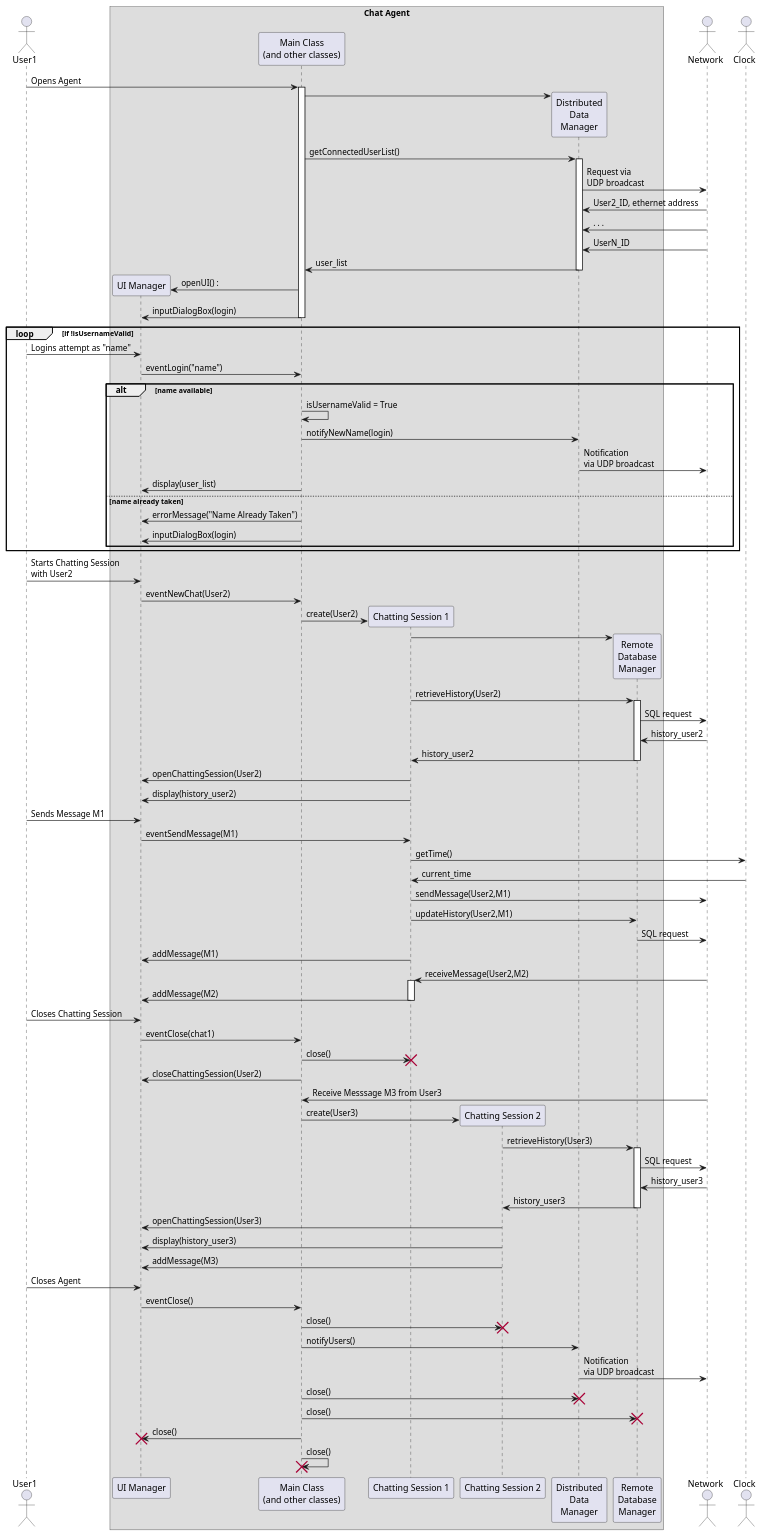
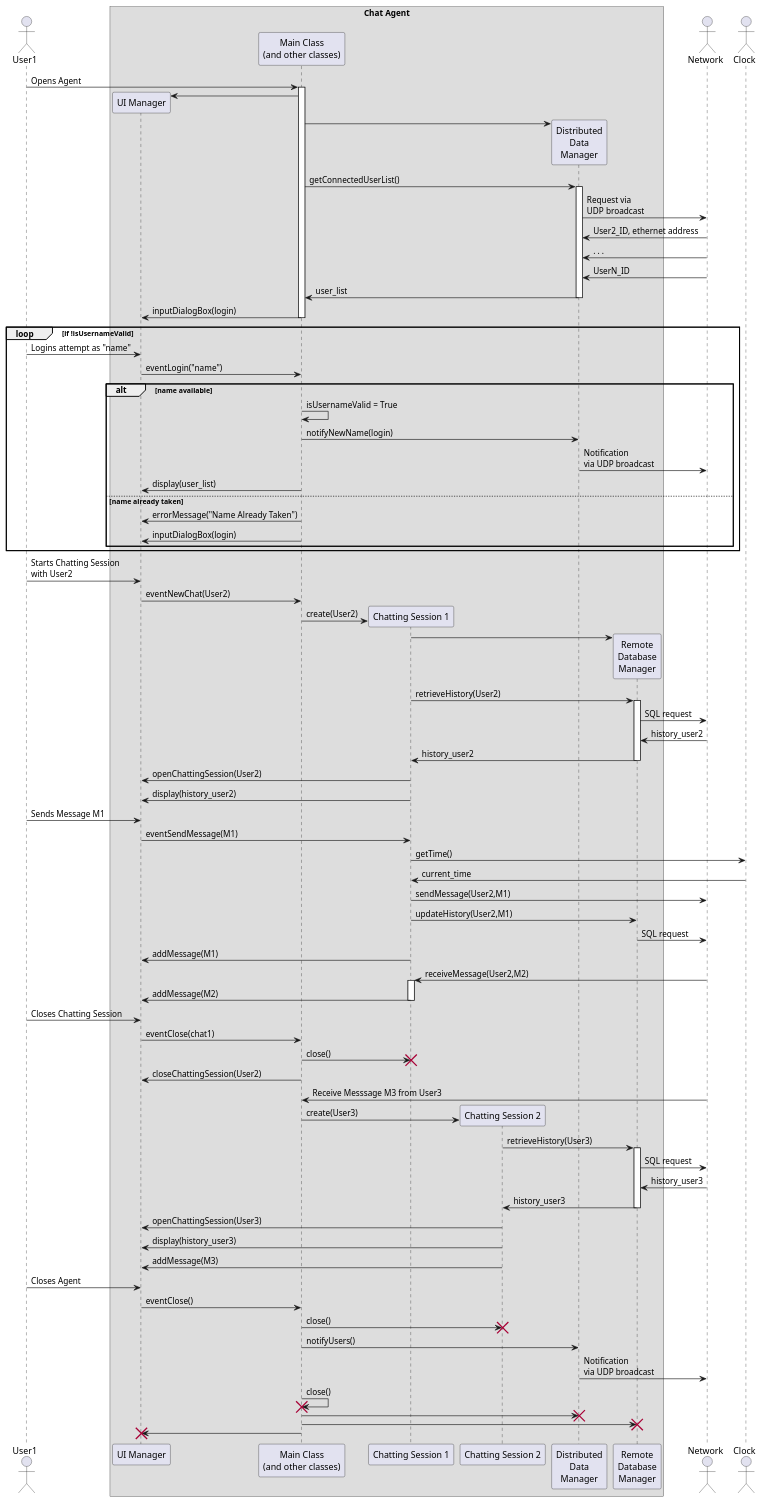
One commit to scanim-valentin/decentralized-chat-system changed the diagram in UMLPlant/sequence_white_box.wsd. Above: the diagram before and after it, drawn with PlantUML. The commit also changed 3 other files, not shown here.

```diff
--- a/UMLPlant/sequence_white_box.wsd
+++ b/UMLPlant/sequence_white_box.wsd
@@ -1,91 +1,91 @@
 @startuml sequence_white_box
 actor User1 as User
 box "Chat Agent"
   participant  "UI Manager" as UI
   participant "Main Class\n(and other classes)" as chatAgent
   participant "Chatting Session 1" as chat1
   participant "Chatting Session 2" as chat2
   participant "Distributed\nData\nManager" as distributedManager
   participant "Remote\nDatabase\nManager" as databaseManager
 end box
 
 actor "Network" as Network
 actor "Clock" as Clock
 
 User -> chatAgent ++ : Opens Agent
+  UI <- chatAgent ** 
   chatAgent -> distributedManager **
   chatAgent -> distributedManager ++ : getConnectedUserList()
     distributedManager -> Network : Request via\nUDP broadcast
     Network -> distributedManager : User2_ID, ethernet address
     Network -> distributedManager : . . . 
     Network -> distributedManager : UserN_ID
   distributedManager -> chatAgent -- : user_list 
   
-  UI <- chatAgent ** : openUI() :
 chatAgent -> UI -- : inputDialogBox(login)
 
 loop if !isUsernameValid
 User -> UI : Logins attempt as "name"
 UI -> chatAgent : eventLogin("name")
 alt name available
 chatAgent -> chatAgent : isUsernameValid = True
 chatAgent -> distributedManager : notifyNewName(login)
 distributedManager -> Network : Notification\nvia UDP broadcast
 UI <- chatAgent : display(user_list)
     else name already taken
 UI <- chatAgent : errorMessage("Name Already Taken")
 UI <- chatAgent -- : inputDialogBox(login)
     end
 end
 
 User -> UI : Starts Chatting Session\nwith User2
   UI -> chatAgent : eventNewChat(User2)
   chatAgent -> chat1 ** : create(User2)
   chat1 -> databaseManager ** 
   chat1 -> databaseManager ++ : retrieveHistory(User2)
     databaseManager -> Network : SQL request
     Network -> databaseManager : history_user2
   databaseManager -> chat1 -- : history_user2
 
   chat1 -> UI : openChattingSession(User2)
 chat1 -> UI -- : display(history_user2)
 
 User -> UI : Sends Message M1
   UI -> chat1 : eventSendMessage(M1)
   chat1 -> Clock : getTime()
   Clock -> chat1 : current_time
 
   chat1 -> Network : sendMessage(User2,M1)
 
   chat1 -> databaseManager : updateHistory(User2,M1)
     databaseManager -> Network : SQL request
 chat1 -> UI -- : addMessage(M1)
 
 Network -> chat1 ++ : receiveMessage(User2,M2)
 chat1 -> UI -- : addMessage(M2)
 
 User -> UI : Closes Chatting Session
 UI -> chatAgent : eventClose(chat1)
 chatAgent -> chat1 !! : close()
 chatAgent -> UI : closeChattingSession(User2)
 
 Network -> chatAgent : Receive Messsage M3 from User3
   chatAgent -> chat2 ** : create(User3)
   chat2 -> databaseManager ++ : retrieveHistory(User3)
     databaseManager -> Network : SQL request
     Network -> databaseManager : history_user3
   databaseManager -> chat2 -- : history_user3
   chat2 -> UI : openChattingSession(User3)
   chat2 -> UI : display(history_user3)
 chat2 -> UI -- : addMessage(M3)
 
 User -> UI : Closes Agent
 UI -> chatAgent : eventClose()
 chatAgent -> chat2 !! : close()
 chatAgent -> distributedManager : notifyUsers()
 distributedManager -> Network : Notification\nvia UDP broadcast
-chatAgent -> distributedManager !! : close()
-chatAgent -> databaseManager !! : close()
-chatAgent -> UI !! : close()
 chatAgent -> chatAgent !! : close()
+chatAgent -> distributedManager !!
+chatAgent -> databaseManager !!
+chatAgent -> UI !!
 @enduml
```
